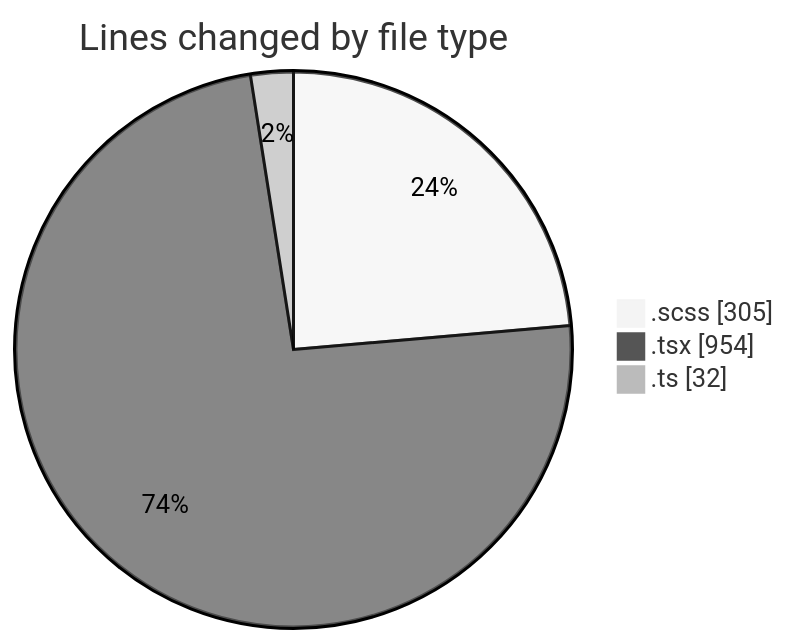
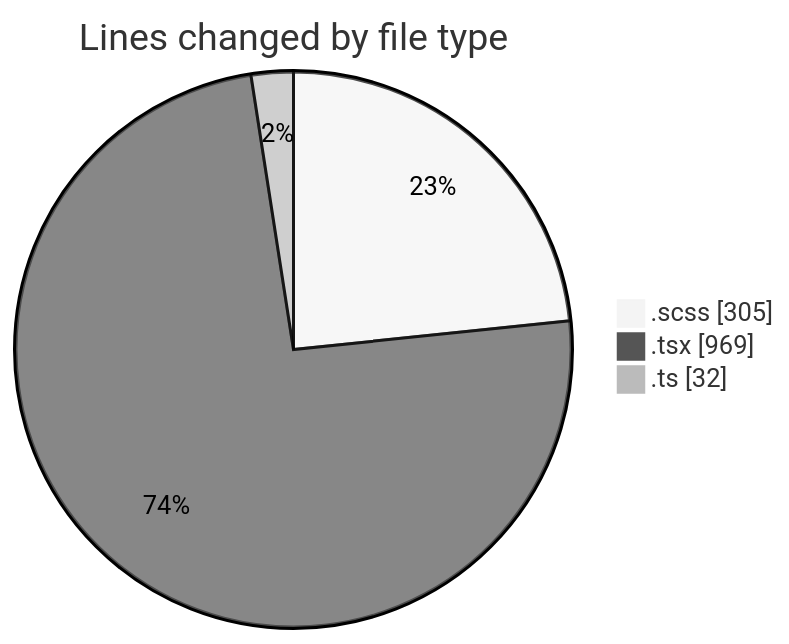
One commit to momahboobian/code-tracking changed the first of 2 diagrams in 2025-03-04/cda/README.md. Above: the diagram before and after it, drawn with Mermaid (neutral theme). The commit also changed other lines of this file and 1 other file, not shown here.

````diff
--- a/2025-03-04/cda/README.md
+++ b/2025-03-04/cda/README.md
@@ -25,7 +25,7 @@
 ```mermaid
 pie showData
 title Lines changed by file type
 ".scss" : 305
-".tsx" : 954
+".tsx" : 969
 ".ts" : 32
 ```
````
